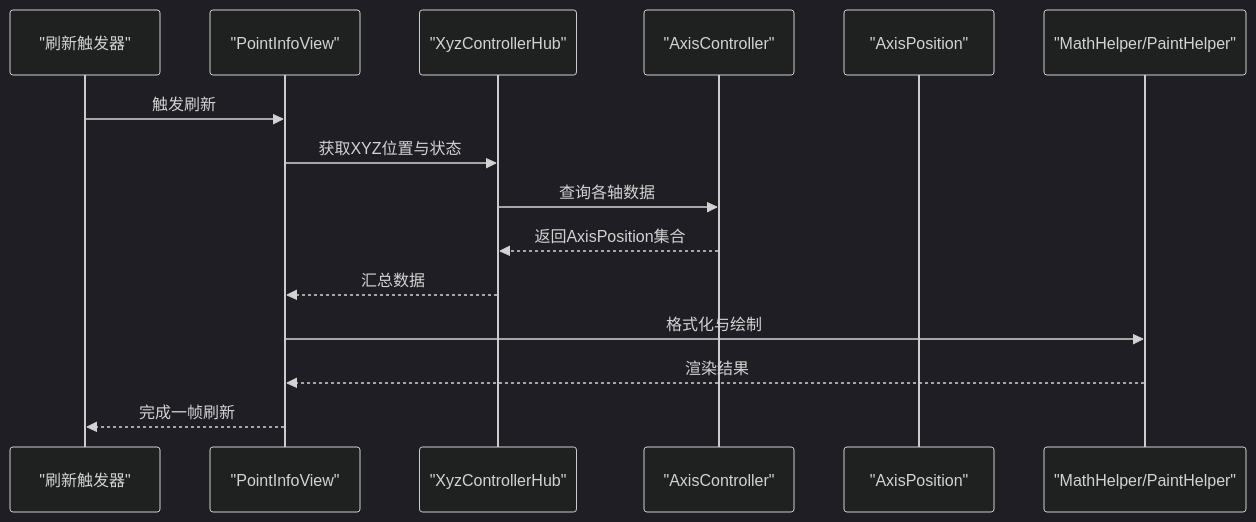
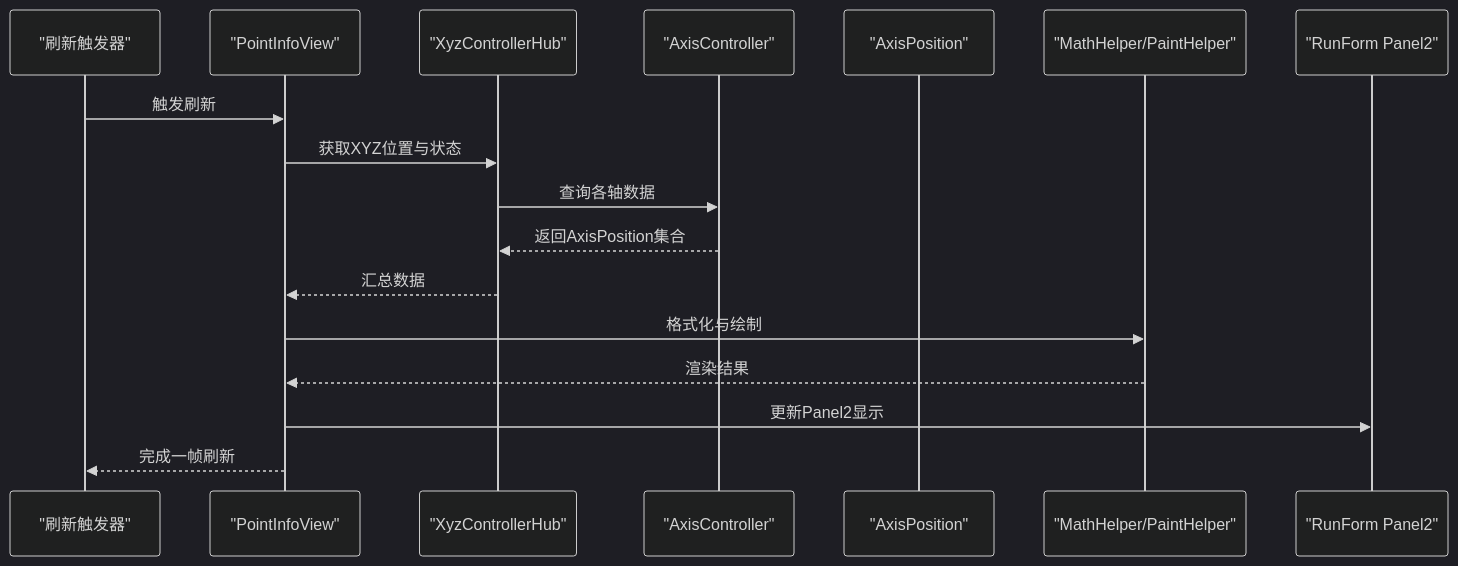
One commit to fuweiq94-cloud/339918076 changed the fourth of 6 diagrams in .qoder/repowiki/zh/content/UI控件库/点位信息显示控件.md. Above: the diagram before and after it, drawn with Mermaid (dark theme). The commit also changed other lines of this file and 75 other files, not shown here.

````diff
--- a/.qoder/repowiki/zh/content/UI控件库/点位信息显示控件.md
+++ b/.qoder/repowiki/zh/content/UI控件库/点位信息显示控件.md
@@ -231,17 +254,19 @@
 ```mermaid
 sequenceDiagram
 participant Timer as "刷新触发器"
 participant PIV as "PointInfoView"
 participant Hub as "XyzControllerHub"
 participant AC as "AxisController"
 participant Model as "AxisPosition"
 participant Helper as "MathHelper/PaintHelper"
+participant RF as "RunForm Panel2"
 Timer->>PIV : 触发刷新
 PIV->>Hub : 获取XYZ位置与状态
 Hub->>AC : 查询各轴数据
 AC-->>Hub : 返回AxisPosition集合
 Hub-->>PIV : 汇总数据
 PIV->>Helper : 格式化与绘制
 Helper-->>PIV : 渲染结果
+PIV->>RF : 更新Panel2显示
 PIV-->>Timer : 完成一帧刷新
 ```
````
